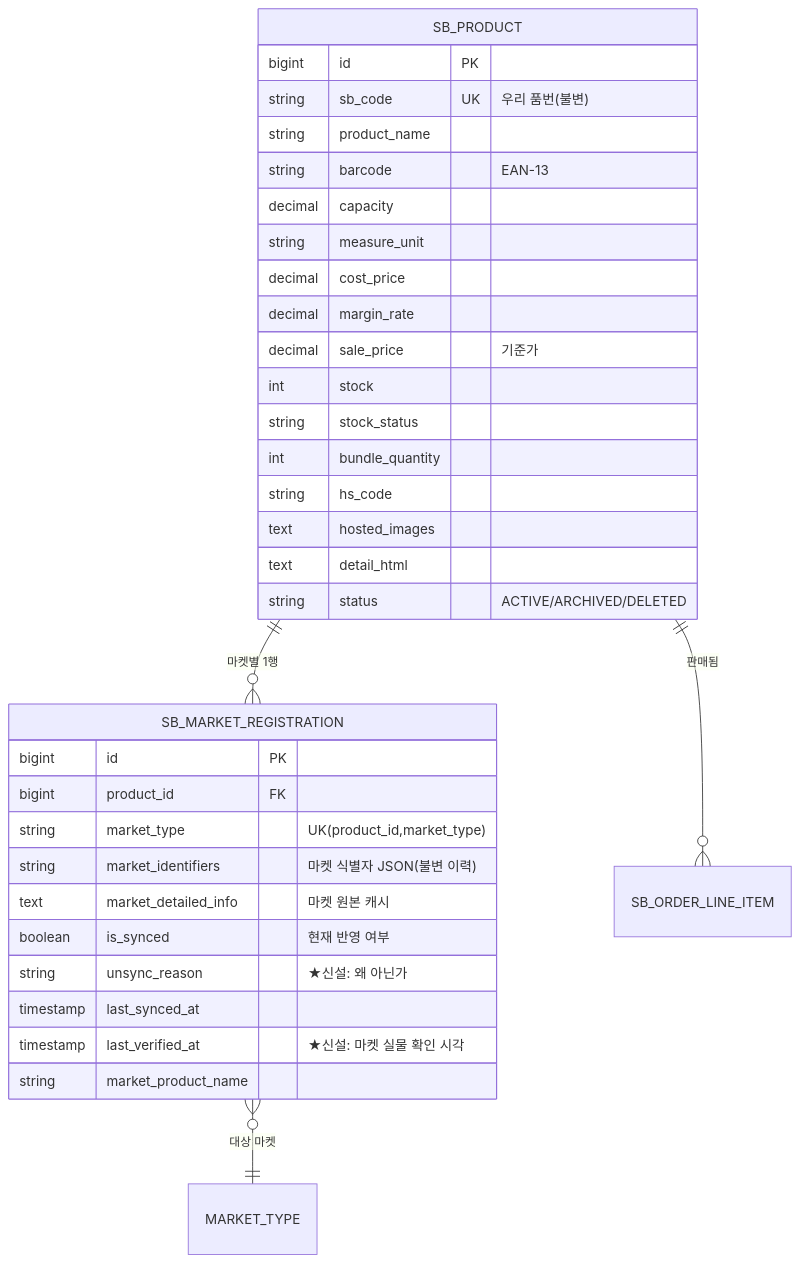
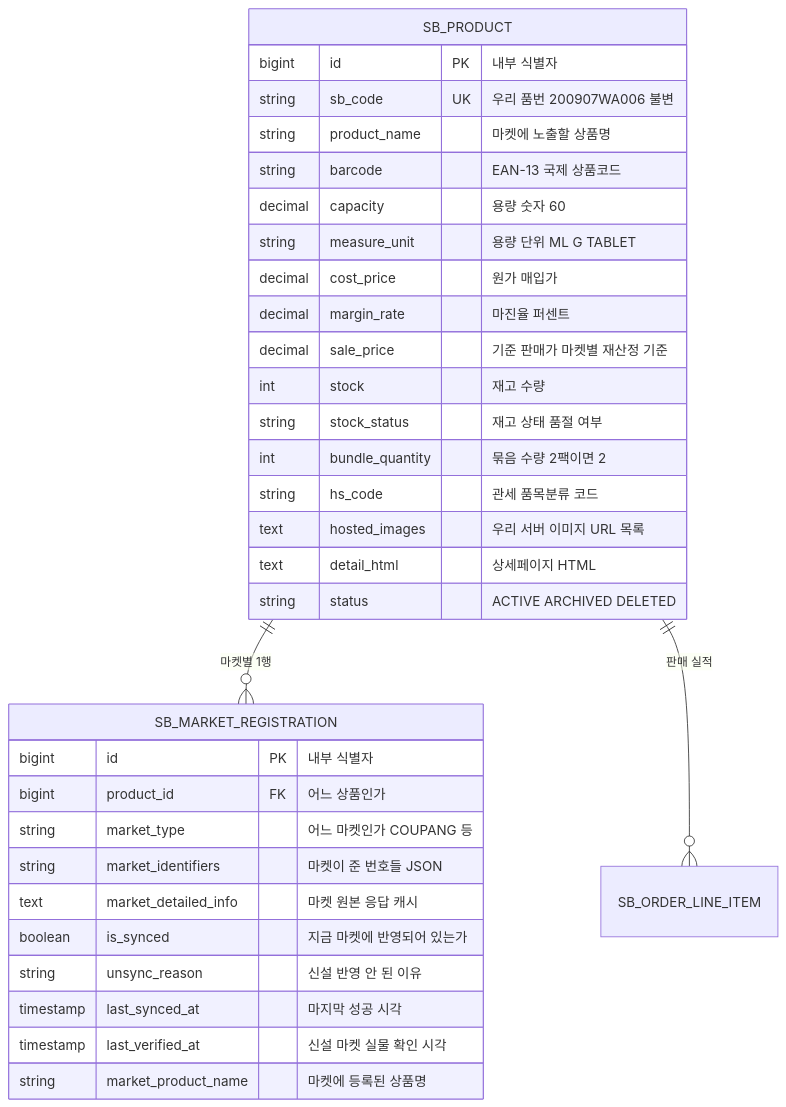
Before and after one commit to goottjason/sbshop-agent: the first of 8 diagrams in docs/normalize/deepdive/product-lifecycle-target.md, drawn with Mermaid. The commit also changed other lines of this file and 1 other file, not shown here.

````diff
--- a/docs/normalize/deepdive/product-lifecycle-target.md
+++ b/docs/normalize/deepdive/product-lifecycle-target.md
@@ -29,38 +31,37 @@
 ```mermaid
 erDiagram
     SB_PRODUCT ||--o{ SB_MARKET_REGISTRATION : "마켓별 1행"
-    SB_PRODUCT ||--o{ SB_ORDER_LINE_ITEM : "판매됨"
-    SB_MARKET_REGISTRATION }o--|| MARKET_TYPE : "대상 마켓"
+    SB_PRODUCT ||--o{ SB_ORDER_LINE_ITEM : "판매 실적"
 
     SB_PRODUCT {
-        bigint   id PK
-        string   sb_code UK "우리 품번(불변)"
-        string   product_name
-        string   barcode "EAN-13"
-        decimal  capacity
-        string   measure_unit
-        decimal  cost_price
-        decimal  margin_rate
-        decimal  sale_price "기준가"
-        int      stock
-        string   stock_status
-        int      bundle_quantity
-        string   hs_code
-        text     hosted_images
-        text     detail_html
-        string   status "ACTIVE/ARCHIVED/DELETED"
+        bigint id PK "내부 식별자"
+        string sb_code UK "우리 품번 200907WA006 불변"
+        string product_name "마켓에 노출할 상품명"
+        string barcode "EAN-13 국제 상품코드"
+        decimal capacity "용량 숫자 60"
+        string measure_unit "용량 단위 ML G TABLET"
+        decimal cost_price "원가 매입가"
+        decimal margin_rate "마진율 퍼센트"
+        decimal sale_price "기준 판매가 마켓별 재산정 기준"
+        int stock "재고 수량"
+        string stock_status "재고 상태 품절 여부"
+        int bundle_quantity "묶음 수량 2팩이면 2"
+        string hs_code "관세 품목분류 코드"
+        text hosted_images "우리 서버 이미지 URL 목록"
+        text detail_html "상세페이지 HTML"
+        string status "ACTIVE ARCHIVED DELETED"
     }
 
     SB_MARKET_REGISTRATION {
-        bigint    id PK
-        bigint    product_id FK
-        string    market_type "UK(product_id,market_type)"
-        string    market_identifiers "마켓 식별자 JSON(불변 이력)"
-        text      market_detailed_info "마켓 원본 캐시"
-        boolean   is_synced "현재 반영 여부"
-        string    unsync_reason "★신설: 왜 아닌가"
-        timestamp last_synced_at
-        timestamp last_verified_at "★신설: 마켓 실물 확인 시각"
-        string    market_product_name
+        bigint id PK "내부 식별자"
+        bigint product_id FK "어느 상품인가"
+        string market_type "어느 마켓인가 COUPANG 등"
+        string market_identifiers "마켓이 준 번호들 JSON"
+        text market_detailed_info "마켓 원본 응답 캐시"
+        boolean is_synced "지금 마켓에 반영되어 있는가"
+        string unsync_reason "신설 반영 안 된 이유"
+        timestamp last_synced_at "마지막 성공 시각"
+        timestamp last_verified_at "신설 마켓 실물 확인 시각"
+        string market_product_name "마켓에 등록된 상품명"
     }
 ```
````
